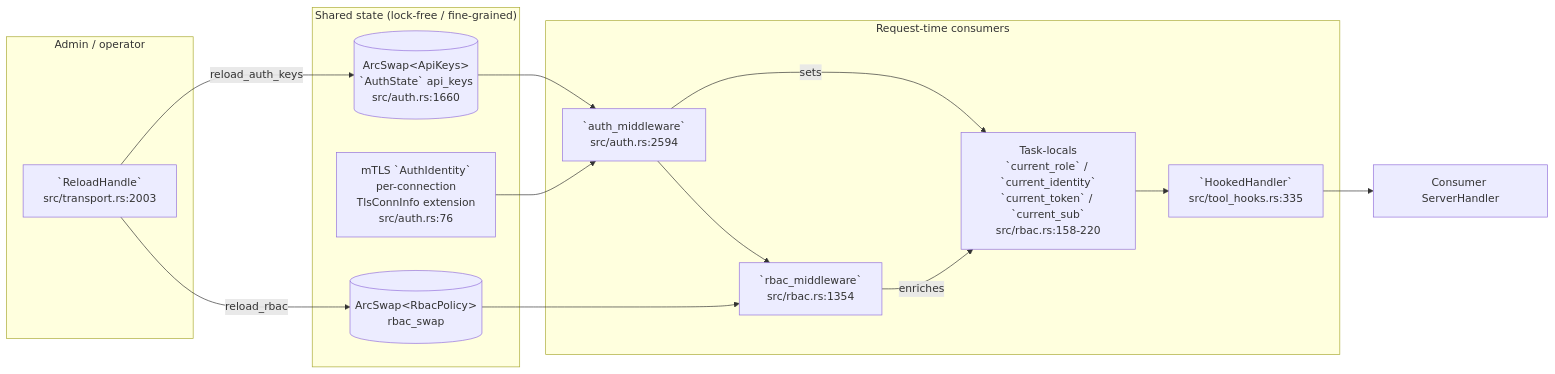
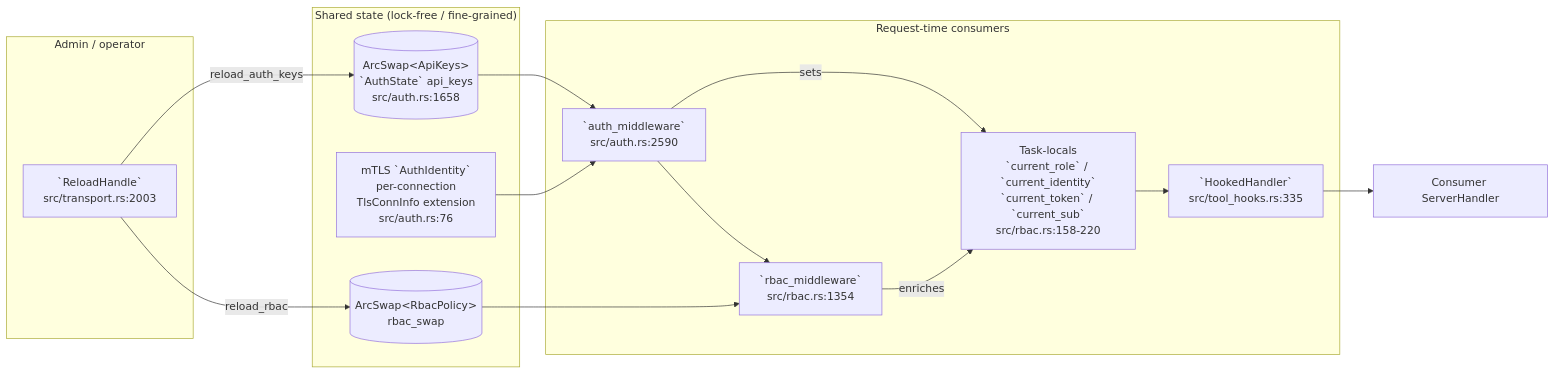
Before and after one commit to andrico21/rmcp-server-kit: the third of 4 diagrams in docs/MINDMAP.md, drawn with Mermaid. The commit also changed other lines of this file and 4 other files, not shown here.

````diff
--- a/docs/MINDMAP.md
+++ b/docs/MINDMAP.md
@@ -332,31 +332,31 @@
 ```mermaid
 flowchart LR
     subgraph Admin["Admin / operator"]
         RH[`ReloadHandle`<br/>src/transport.rs:2003]
     end
 
     subgraph SharedState["Shared state (lock-free / fine-grained)"]
-        AKS[(ArcSwap&lt;ApiKeys&gt;<br/>`AuthState` api_keys<br/>src/auth.rs:1660)]
+        AKS[(ArcSwap&lt;ApiKeys&gt;<br/>`AuthState` api_keys<br/>src/auth.rs:1658)]
         RBS[(ArcSwap&lt;RbacPolicy&gt;<br/>rbac_swap)]
         MTL[mTLS `AuthIdentity`<br/>per-connection<br/>TlsConnInfo extension<br/>src/auth.rs:76]
     end
 
     subgraph Hot["Request-time consumers"]
-        AM[`auth_middleware`<br/>src/auth.rs:2594]
+        AM[`auth_middleware`<br/>src/auth.rs:2590]
         BM[`rbac_middleware`<br/>src/rbac.rs:1354]
         TL["Task-locals<br/>`current_role` / `current_identity`<br/>`current_token` / `current_sub`<br/>src/rbac.rs:158-220"]
         TH[`HookedHandler`<br/>src/tool_hooks.rs:335]
     end
 
     RH -- reload_auth_keys --> AKS
     RH -- reload_rbac --> RBS
 
     AKS --> AM
     MTL --> AM
     AM -- sets --> TL
     AM --> BM
     RBS --> BM
     BM -- enriches --> TL
     TL --> TH
     TH --> Consumer[Consumer ServerHandler]
 ```
````
